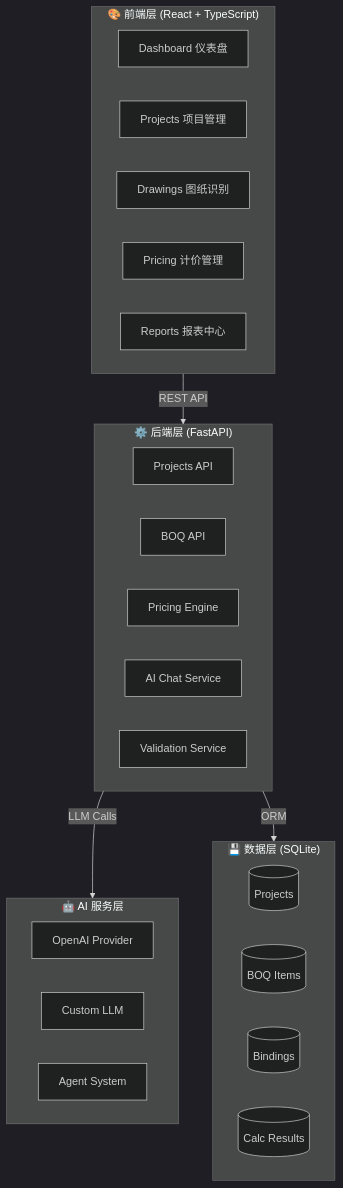
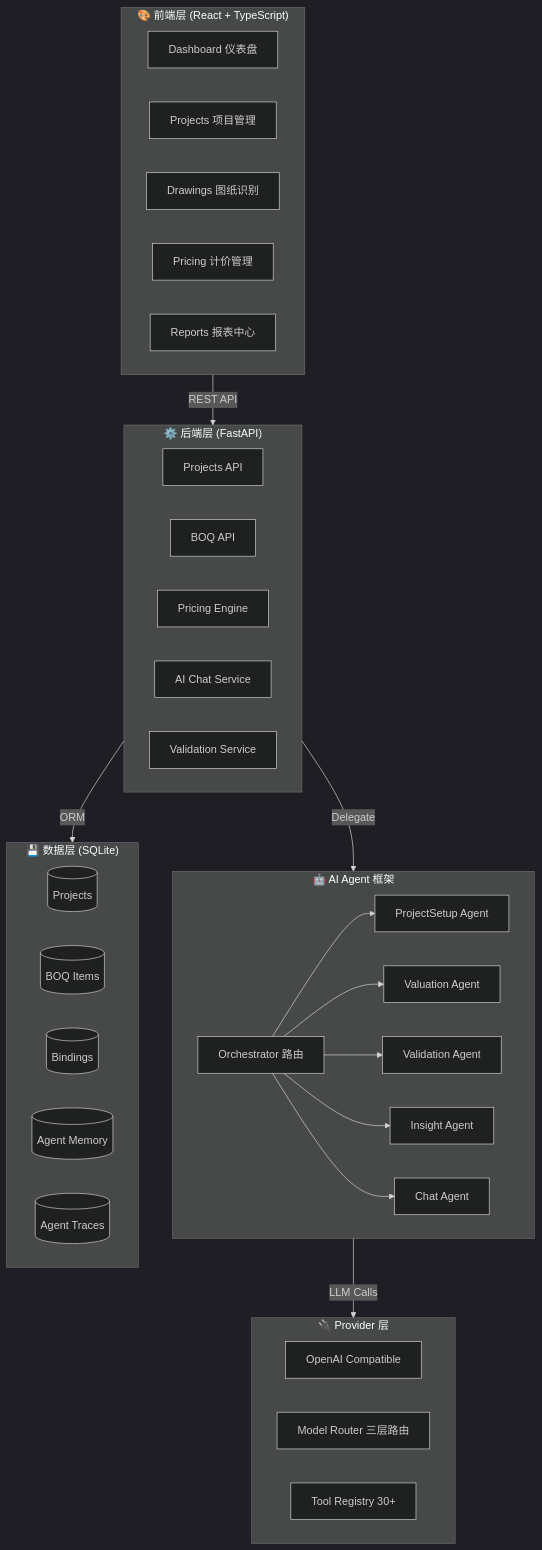
Before and after one commit to BruceLee1024/aicost: the diagram in README.md, drawn with Mermaid (dark theme). The commit also changed other lines of this file, not shown here.

Commit message:
docs: 更新 README — 项目规模 60K 行、Agent v2 框架、模型路由、Sprint 8 changelog

````diff
--- a/README.md
+++ b/README.md
@@ -78,35 +80,47 @@
 ```mermaid
 graph TB
     subgraph Frontend["🎨 前端层 (React + TypeScript)"]
         A1[Dashboard 仪表盘]
         A2[Projects 项目管理]
         A3[Drawings 图纸识别]
         A4[Pricing 计价管理]
         A5[Reports 报表中心]
     end
     
     subgraph Backend["⚙️ 后端层 (FastAPI)"]
         B1[Projects API]
         B2[BOQ API]
         B3[Pricing Engine]
         B4[AI Chat Service]
         B5[Validation Service]
     end
     
-    subgraph AI["🤖 AI 服务层"]
-        C1[OpenAI Provider]
-        C2[Custom LLM]
-        C3[Agent System]
+    subgraph AI["🤖 AI Agent 框架"]
+        C0[Orchestrator 路由]
+        C1[ProjectSetup Agent]
+        C2[Valuation Agent]
+        C3[Validation Agent]
+        C4[Insight Agent]
+        C5[Chat Agent]
+        C0 --> C1 & C2 & C3 & C4 & C5
+    end
+
+    subgraph Provider["🔌 Provider 层"]
+        P1[OpenAI Compatible]
+        P2[Model Router 三层路由]
+        P3[Tool Registry 30+]
     end
     
     subgraph Data["💾 数据层 (SQLite)"]
         D1[(Projects)]
         D2[(BOQ Items)]
         D3[(Bindings)]
-        D4[(Calc Results)]
+        D4[(Agent Memory)]
+        D5[(Agent Traces)]
     end
     
     Frontend -->|REST API| Backend
-    Backend -->|LLM Calls| AI
+    Backend -->|Delegate| AI
+    AI -->|LLM Calls| Provider
     Backend -->|ORM| Data
 ```
````
